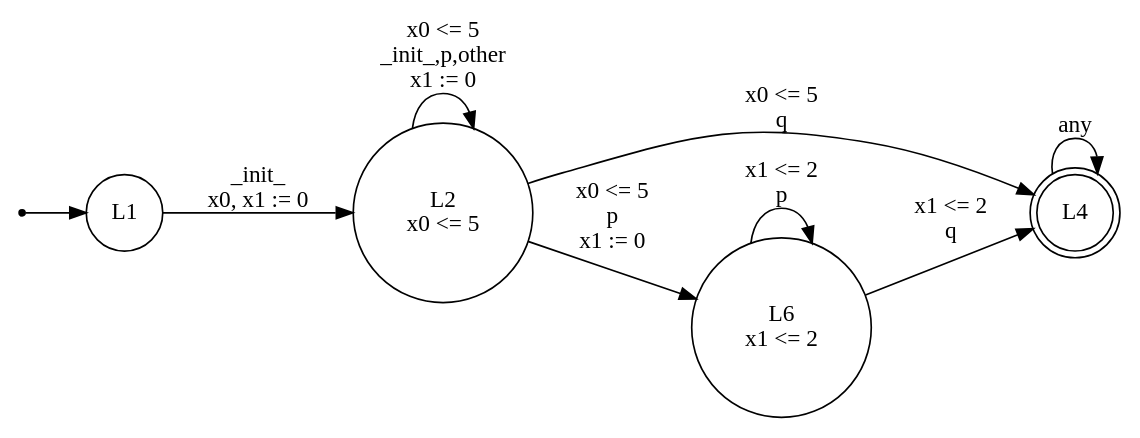
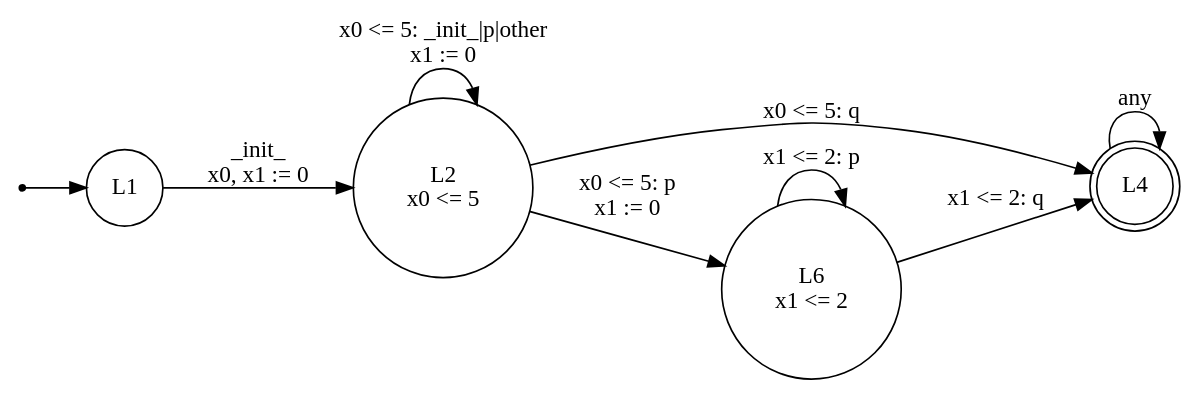
One commit to efares1/MTL2BA changed the diagram in tool/examples/ex1.dot. Above: the diagram before and after it, drawn with Graphviz. The commit also changed 16 other files, not shown here.

```diff
--- a/tool/examples/ex1.dot
+++ b/tool/examples/ex1.dot
@@ -1,17 +1,17 @@
 digraph TA {
   rankdir=LR;
   node [shape=circle];
   init [shape=point];
   init -> L1;
   L1 [shape=circle, label="L1"];
   L2 [shape=circle, label="L2\nx0 <= 5"];
   L4 [shape=doublecircle, label="L4"];
   L6 [shape=circle, label="L6\nx1 <= 2"];
-  L6 -> L6 [label="x1 <= 2\np"];
-  L6 -> L4 [label="x1 <= 2\nq"];
+  L1 -> L2 [label="_init_\nx0, x1 := 0"];
+  L2 -> L2 [label="x0 <= 5: _init_|p|other\nx1 := 0"];
+  L2 -> L4 [label="x0 <= 5: q"];
+  L2 -> L6 [label="x0 <= 5: p\nx1 := 0"];
   L4 -> L4 [label="any"];
-  L2 -> L6 [label="x0 <= 5\np\nx1 := 0"];
-  L2 -> L4 [label="x0 <= 5\nq"];
-  L2 -> L2 [label="x0 <= 5\n_init_,p,other\nx1 := 0"];
-  L1 -> L2 [label="_init_\nx0, x1 := 0"];
+  L6 -> L4 [label="x1 <= 2: q"];
+  L6 -> L6 [label="x1 <= 2: p"];
 }
```
